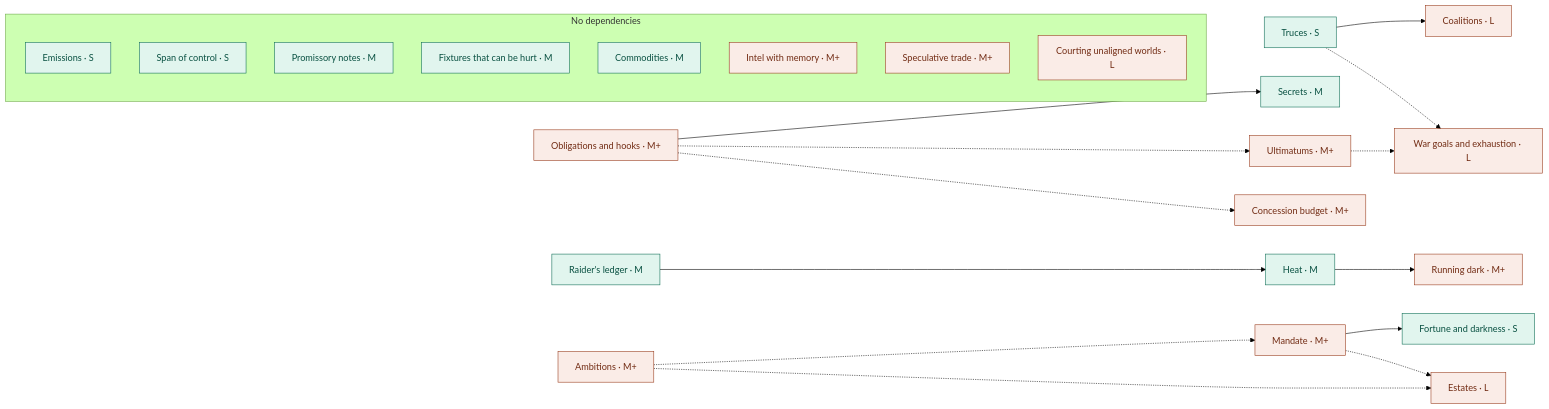
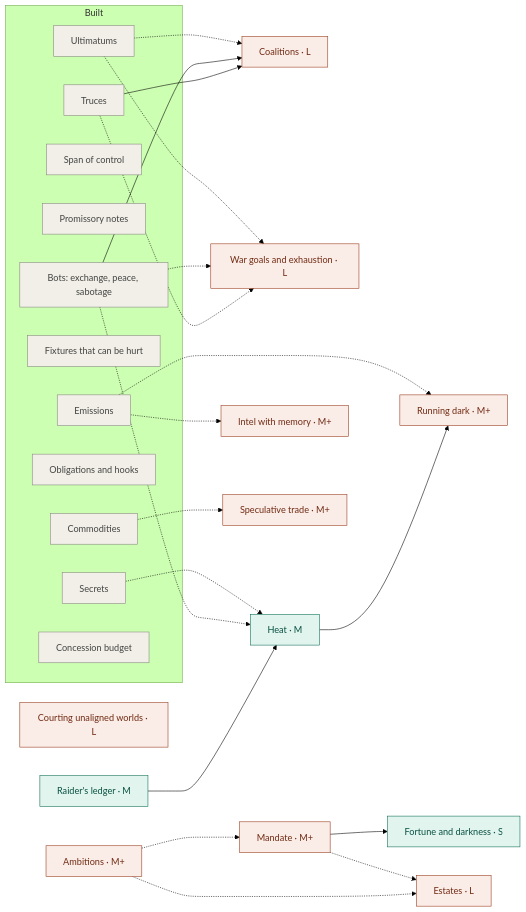
The diagram in docs/brainstorm-2026-10-02.md (1adityashetty1/paxgalactica), drawn with Mermaid (forest theme) before and after one commit. The commit also changed other lines of this file and 31 other files, not shown here.

First line of the commit message:
Obligations, secrets, ultimatums, the concession budget, and bots that use them

````diff
--- a/docs/brainstorm-2026-10-02.md
+++ b/docs/brainstorm-2026-10-02.md
@@ -597,27 +604,37 @@
 ```mermaid
 flowchart LR
   classDef light fill:#E1F5EE,stroke:#0F6E56,color:#085041
   classDef heavy fill:#FAECE7,stroke:#993C1D,color:#712B13
+  classDef done fill:#F1EFE8,stroke:#888780,color:#444441
 
-  truces["Truces · S"]:::light --> coalitions["Coalitions · L"]:::heavy
+  subgraph built["Built"]
+    truces["Truces"]:::done
+    emissions["Emissions"]:::done
+    span["Span of control"]:::done
+    notes["Promissory notes"]:::done
+    commodities["Commodities"]:::done
+    fixtures["Fixtures that can be hurt"]:::done
+    accords["Bots: exchange, peace, sabotage"]:::done
+    obligations["Obligations and hooks"]:::done
+    secrets["Secrets"]:::done
+    ultimatums["Ultimatums"]:::done
+    concession["Concession budget"]:::done
+  end
+
+  truces --> coalitions["Coalitions · L"]:::heavy
+  accords --> coalitions
+  ultimatums -.-> coalitions
   truces -.-> wargoals["War goals and exhaustion · L"]:::heavy
-  obligations["Obligations and hooks · M+"]:::heavy --> secrets["Secrets · M"]:::light
-  obligations -.-> ultimatums["Ultimatums · M+"]:::heavy
-  obligations -.-> concession["Concession budget · M+"]:::heavy
+  accords -.-> wargoals
   ultimatums -.-> wargoals
   ledger["Raider's ledger · M"]:::light --> heat["Heat · M"]:::light --> dark["Running dark · M+"]:::heavy
+  accords -.-> heat
+  secrets -.-> heat
+  emissions -.-> dark
+  emissions -.-> intel["Intel with memory · M+"]:::heavy
+  commodities -.-> spec["Speculative trade · M+"]:::heavy
   ambitions["Ambitions · M+"]:::heavy -.-> mandate["Mandate · M+"]:::heavy --> fortune["Fortune and darkness · S"]:::light
   ambitions -.-> estates["Estates · L"]:::heavy
   mandate -.-> estates
-
-  subgraph free["No dependencies"]
-    emissions["Emissions · S"]:::light
-    span["Span of control · S"]:::light
-    notes["Promissory notes · M"]:::light
-    fixtures["Fixtures that can be hurt · M"]:::light
-    commodities["Commodities · M"]:::light
-    intel["Intel with memory · M+"]:::heavy
-    spec["Speculative trade · M+"]:::heavy
-    courting["Courting unaligned worlds · L"]:::heavy
-  end
+  courting["Courting unaligned worlds · L"]:::heavy
 ```
````
